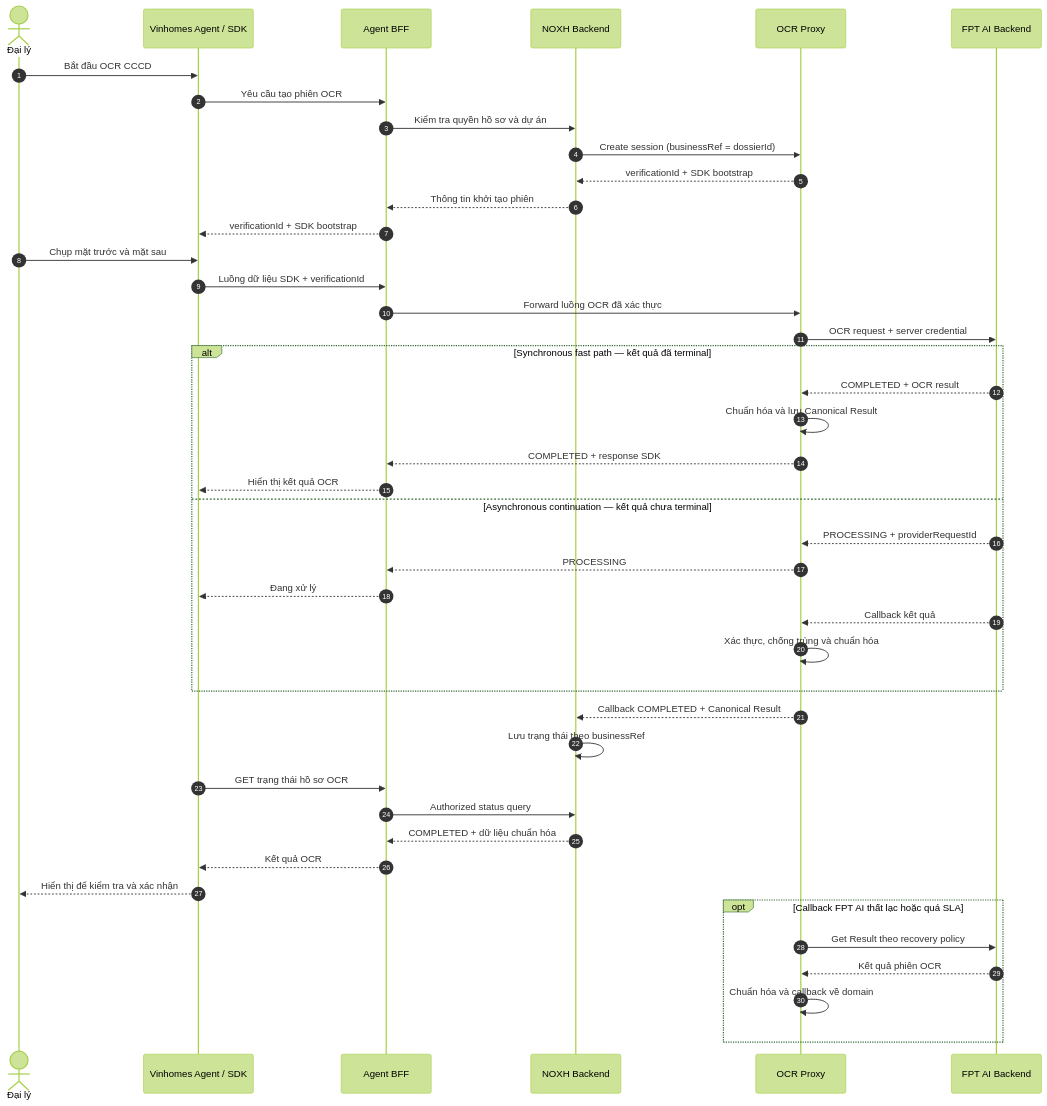
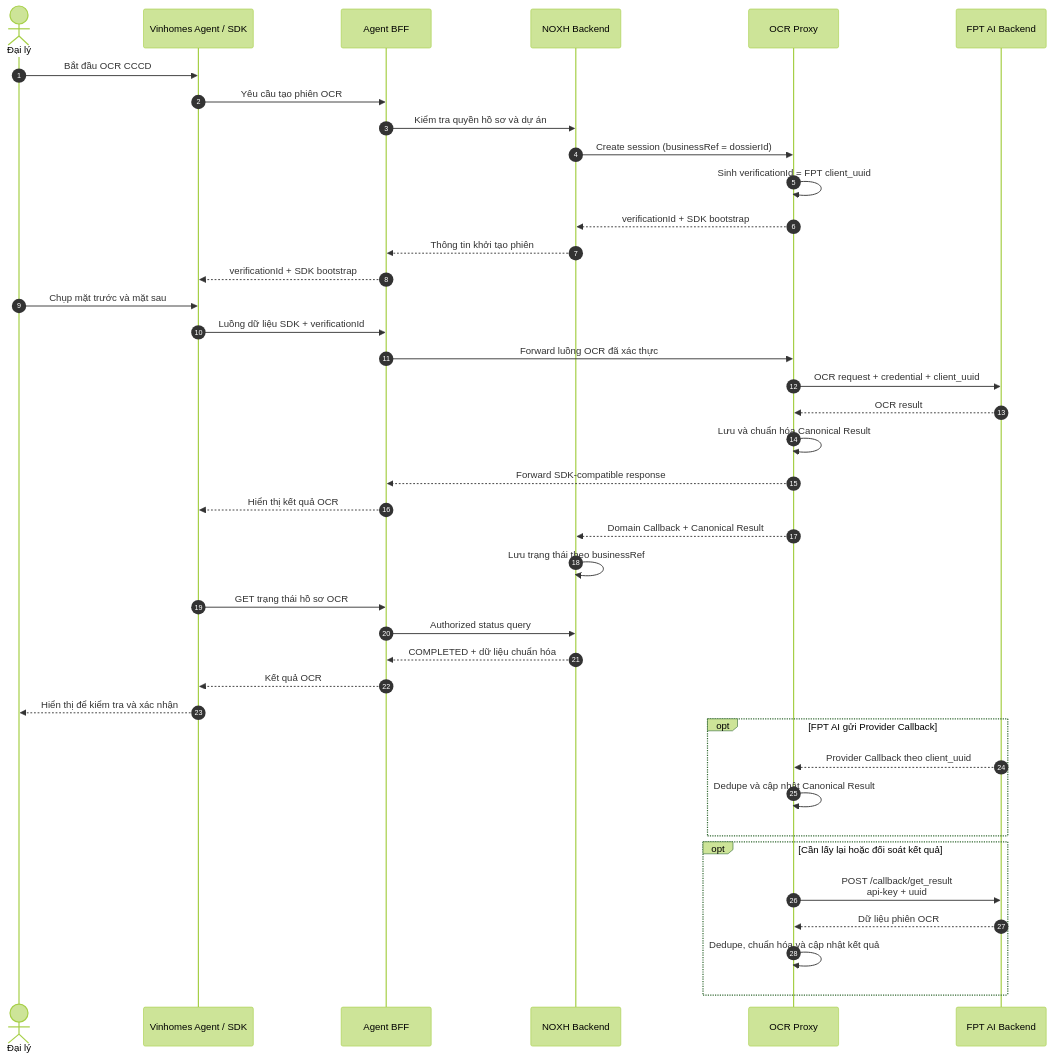
The second of 9 diagrams in noxh.md (huynv-xyz/vhm), drawn with Mermaid (forest theme) before and after one commit. The commit also changed other lines of this file, not shown here.

````diff
--- a/noxh.md
+++ b/noxh.md
@@ -187,50 +190,47 @@
 ```mermaid
 sequenceDiagram
     autonumber
     actor DL as Đại lý
     participant APP as Vinhomes Agent / SDK
     participant BFF as Agent BFF
     participant NOXH as NOXH Backend
     participant OCR as OCR Proxy
     participant FPT as FPT AI Backend
 
     DL->>APP: Bắt đầu OCR CCCD
     APP->>BFF: Yêu cầu tạo phiên OCR
     BFF->>NOXH: Kiểm tra quyền hồ sơ và dự án
     NOXH->>OCR: Create session (businessRef = dossierId)
+    OCR->>OCR: Sinh verificationId = FPT client_uuid
     OCR-->>NOXH: verificationId + SDK bootstrap
     NOXH-->>BFF: Thông tin khởi tạo phiên
     BFF-->>APP: verificationId + SDK bootstrap
 
     DL->>APP: Chụp mặt trước và mặt sau
     APP->>BFF: Luồng dữ liệu SDK + verificationId
     BFF->>OCR: Forward luồng OCR đã xác thực
-    OCR->>FPT: OCR request + server credential
+    OCR->>FPT: OCR request + credential + client_uuid
+    FPT-->>OCR: OCR result
+    OCR->>OCR: Lưu và chuẩn hóa Canonical Result
+    OCR-->>BFF: Forward SDK-compatible response
+    BFF-->>APP: Hiển thị kết quả OCR
 
-    alt Synchronous fast path — kết quả đã terminal
-        FPT-->>OCR: COMPLETED + OCR result
-        OCR->>OCR: Chuẩn hóa và lưu Canonical Result
-        OCR-->>BFF: COMPLETED + response SDK
-        BFF-->>APP: Hiển thị kết quả OCR
-    else Asynchronous continuation — kết quả chưa terminal
-        FPT-->>OCR: PROCESSING + providerRequestId
-        OCR-->>BFF: PROCESSING
-        BFF-->>APP: Đang xử lý
-        FPT-->>OCR: Callback kết quả
-        OCR->>OCR: Xác thực, chống trùng và chuẩn hóa
-    end
-
-    OCR-->>NOXH: Callback COMPLETED + Canonical Result
+    OCR-->>NOXH: Domain Callback + Canonical Result
     NOXH->>NOXH: Lưu trạng thái theo businessRef
     APP->>BFF: GET trạng thái hồ sơ OCR
     BFF->>NOXH: Authorized status query
     NOXH-->>BFF: COMPLETED + dữ liệu chuẩn hóa
     BFF-->>APP: Kết quả OCR
     APP-->>DL: Hiển thị để kiểm tra và xác nhận
 
-    opt Callback FPT AI thất lạc hoặc quá SLA
-        OCR->>FPT: Get Result theo recovery policy
-        FPT-->>OCR: Kết quả phiên OCR
-        OCR->>OCR: Chuẩn hóa và callback về domain
+    opt FPT AI gửi Provider Callback
+        FPT-->>OCR: Provider Callback theo client_uuid
+        OCR->>OCR: Dedupe và cập nhật Canonical Result
+    end
+
+    opt Cần lấy lại hoặc đối soát kết quả
+        OCR->>FPT: POST /callback/get_result<br/>api-key + uuid
+        FPT-->>OCR: Dữ liệu phiên OCR
+        OCR->>OCR: Dedupe, chuẩn hóa và cập nhật kết quả
     end
 ```
````
